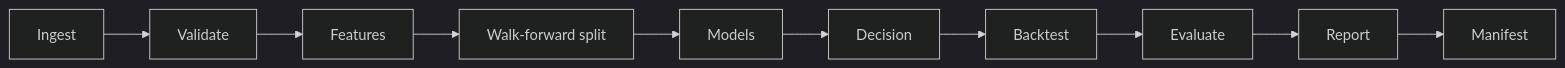
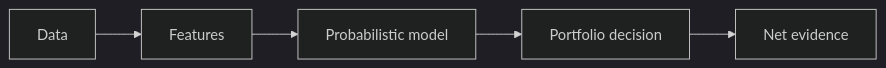
One commit to kira-ml/moe-factor-timing-v2 changed the diagram in README.md. Above: the diagram before and after it, drawn with Mermaid (dark theme). The commit also changed other lines of this file, not shown here.

Commit message:
docs: simplify README pipeline diagram

````diff
--- a/README.md
+++ b/README.md
@@ -117,12 +118,7 @@
 ```mermaid
 flowchart LR
-    A[Ingest] --> B[Validate]
-    B --> C[Features]
-    C --> D[Walk-forward split]
-    D --> E[Models]
-    E --> F[Decision]
-    F --> G[Backtest]
-    G --> H[Evaluate]
-    H --> I[Report]
-    I --> J[Manifest]
+    A[Data] --> B[Features]
+    B --> C[Probabilistic model]
+    C --> D[Portfolio decision]
+    D --> E[Net evidence]
 ```
````
